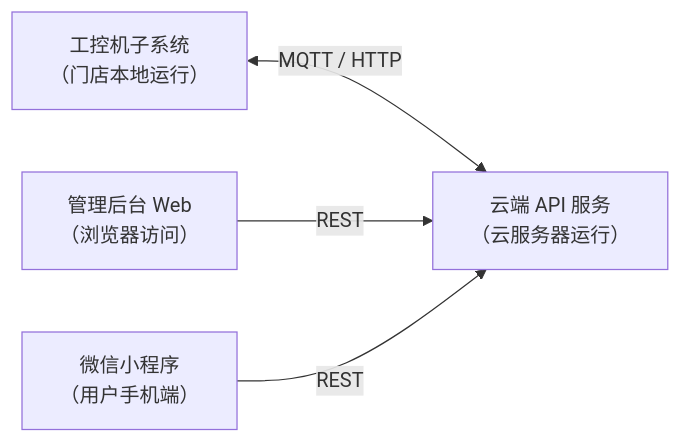
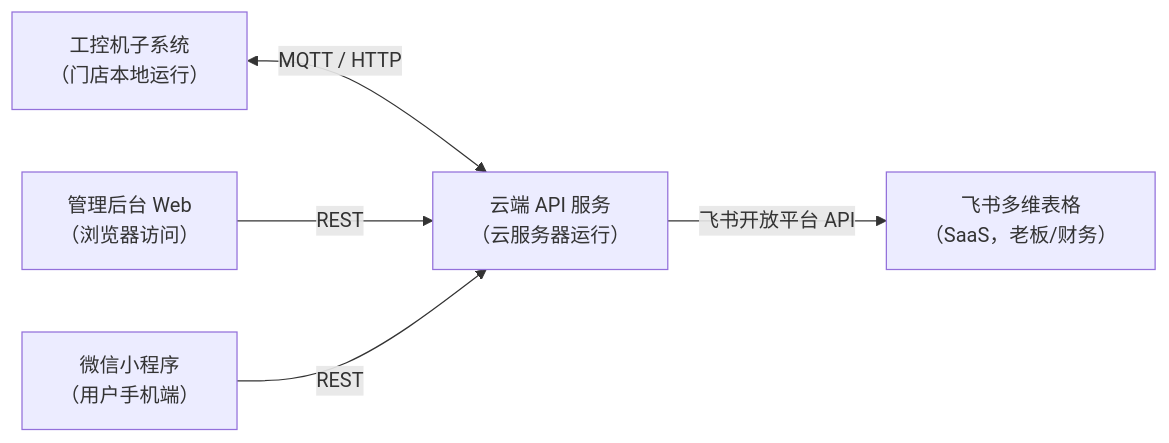
The diagram in docs/subsystems/index.md (fitron-app/docs), drawn with Mermaid before and after one commit. The commit also changed other lines of this file and 4 other files, not shown here.

````diff
--- a/docs/subsystems/index.md
+++ b/docs/subsystems/index.md
@@ -7,11 +7,13 @@
 ```mermaid
 graph LR
     IPC["工控机子系统\n（门店本地运行）"]
     Cloud["云端 API 服务\n（云服务器运行）"]
     AdminWeb["管理后台 Web\n（浏览器访问）"]
     MiniProgram["微信小程序\n（用户手机端）"]
+    Feishu["飞书多维表格\n（SaaS，老板/财务）"]
 
     IPC <-->|"MQTT / HTTP"| Cloud
     AdminWeb -->|"REST"| Cloud
     MiniProgram -->|"REST"| Cloud
+    Cloud -->|"飞书开放平台 API"| Feishu
 ```
````
